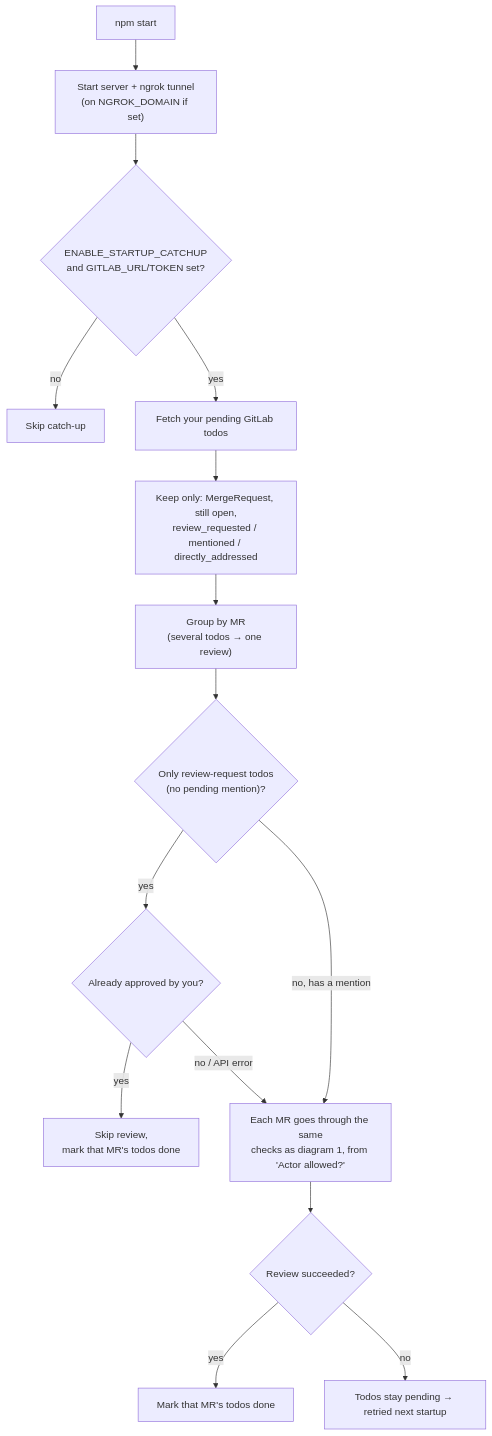
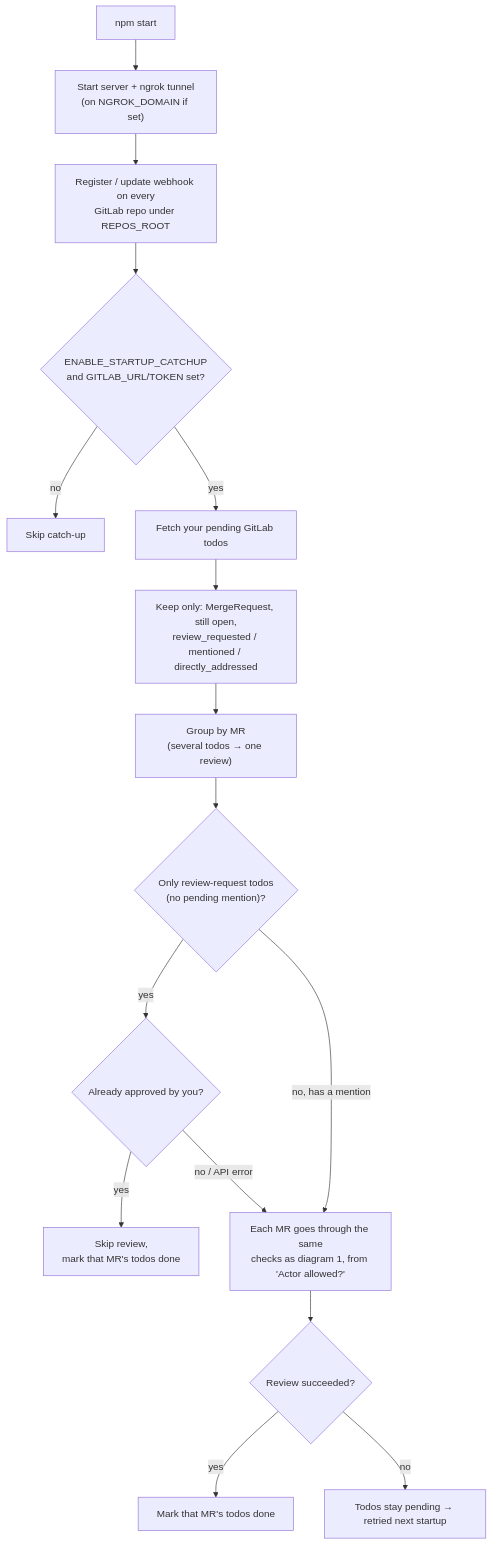
The third of 3 diagrams in README.md (tinoimammp/gitlab-auto-reviewer), drawn with Mermaid before and after one commit. The commit also changed other lines of this file and 5 other files, not shown here.

First line of the commit message:
feat: auto-register the webhook on every GitLab repo under REPOS_ROOT

````diff
--- a/README.md
+++ b/README.md
@@ -125,18 +126,19 @@
 ```mermaid
 flowchart TD
     A["npm start"] --> B["Start server + ngrok tunnel<br/>(on NGROK_DOMAIN if set)"]
-    B --> C{"ENABLE_STARTUP_CATCHUP<br/>and GITLAB_URL/TOKEN set?"}
+    B --> W["Register / update webhook on every<br/>GitLab repo under REPOS_ROOT"]
+    W --> C{"ENABLE_STARTUP_CATCHUP<br/>and GITLAB_URL/TOKEN set?"}
     C -- no --> C1["Skip catch-up"]
     C -- yes --> D["Fetch your pending GitLab todos"]
     D --> E["Keep only: MergeRequest, still open,<br/>review_requested / mentioned / directly_addressed"]
     E --> F["Group by MR<br/>(several todos → one review)"]
     F --> F1{"Only review-request todos<br/>(no pending mention)?"}
     F1 -- yes --> F2{"Already approved by you?"}
     F2 -- yes --> F3["Skip review,<br/>mark that MR's todos done"]
     F2 -- "no / API error" --> G
     F1 -- "no, has a mention" --> G
     G["Each MR goes through the same<br/>checks as diagram 1, from 'Actor allowed?'"]
     G --> H{"Review succeeded?"}
     H -- yes --> I["Mark that MR's todos done"]
     H -- no --> J["Todos stay pending → retried next startup"]
 ```
````
